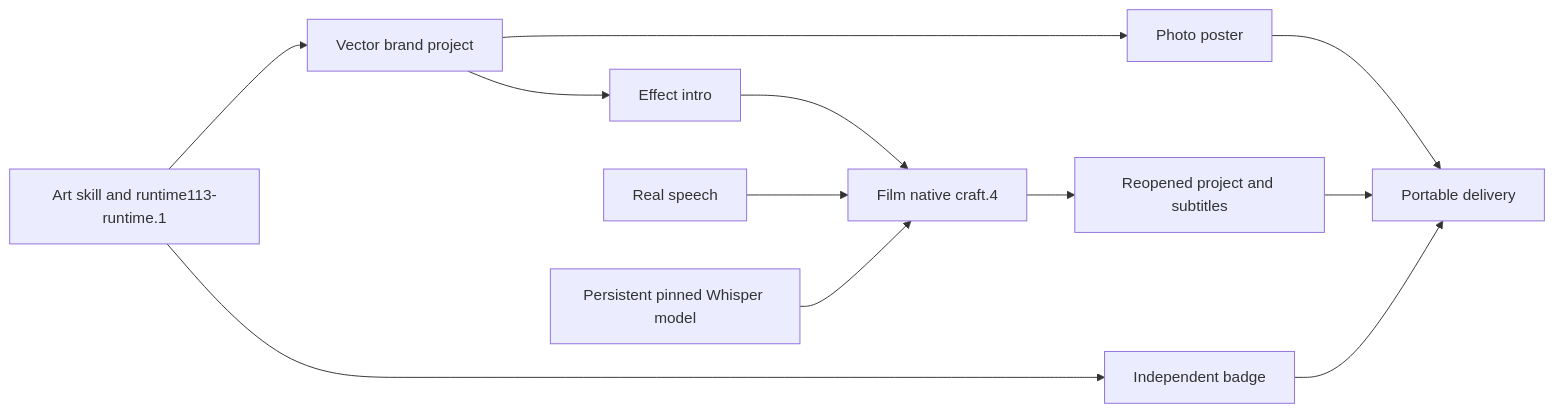
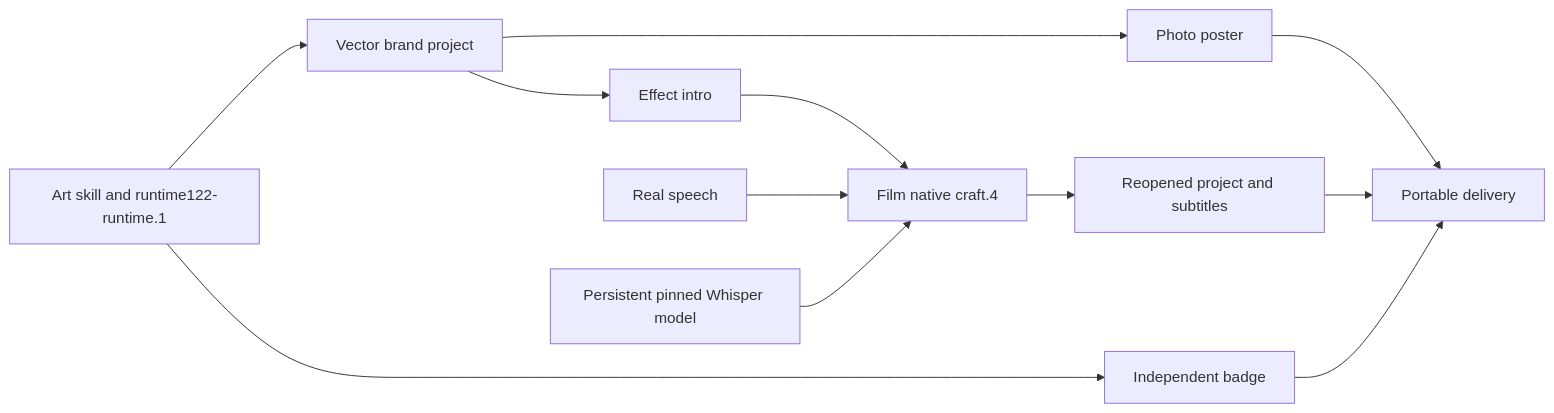
The diagram in skills/artcraft-cli-assets/references/mixed-asr.md (full-aigc-plugins/artcraft-plugin), drawn with Mermaid before and after one commit. The commit also changed other lines of this file and 49 other files, not shown here.

````diff
--- a/skills/artcraft-cli-assets/references/mixed-asr.md
+++ b/skills/artcraft-cli-assets/references/mixed-asr.md
@@ -18,14 +18,14 @@
 ```mermaid
 flowchart LR
-    Art[Art skill and runtime113-runtime.1] --> Logo[Vector brand project]
+    Art[Art skill and runtime122-runtime.1] --> Logo[Vector brand project]
     Logo --> Poster[Photo poster]
     Logo --> Intro[Effect intro]
     Intro --> Film[Film native craft.4]
     Voice[Real speech] --> Film
     Models[Persistent pinned Whisper model] --> Film
     Film --> Captions[Reopened project and subtitles]
     Art --> Badge[Independent badge]
     Poster --> Package[Portable delivery]
     Captions --> Package
     Badge --> Package
 ```
````
